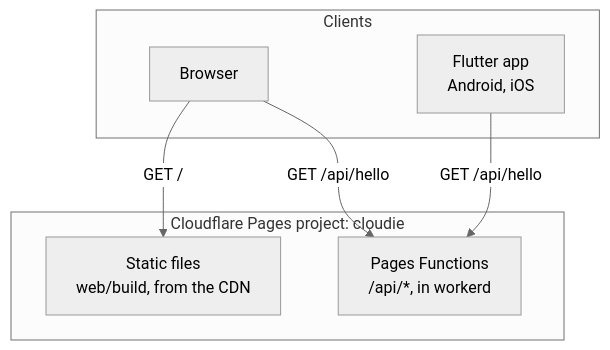
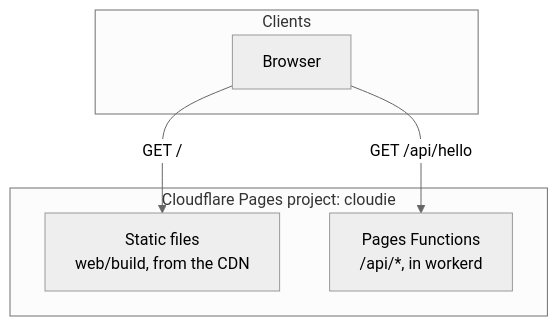
One commit to randika-srimal/cloudie changed the diagram in docs/architecture/overview.md. Above: the diagram before and after it, drawn with Mermaid (neutral theme). The commit also changed other lines of this file and 99 other files, not shown here.

Commit message:
chore: remove Flutter app

````diff
--- a/docs/architecture/overview.md
+++ b/docs/architecture/overview.md
@@ -7,14 +7,12 @@
 ```mermaid
 flowchart TB
   subgraph Clients
     B[Browser]
-    M[Flutter app<br/>Android, iOS]
   end
   subgraph Cloudflare["Cloudflare Pages project: cloudie"]
     S[Static files<br/>web/build, from the CDN]
     F[Pages Functions<br/>/api/*, in workerd]
   end
   B -->|"GET /"| S
   B -->|"GET /api/hello"| F
-  M -->|"GET /api/hello"| F
 ```
````
